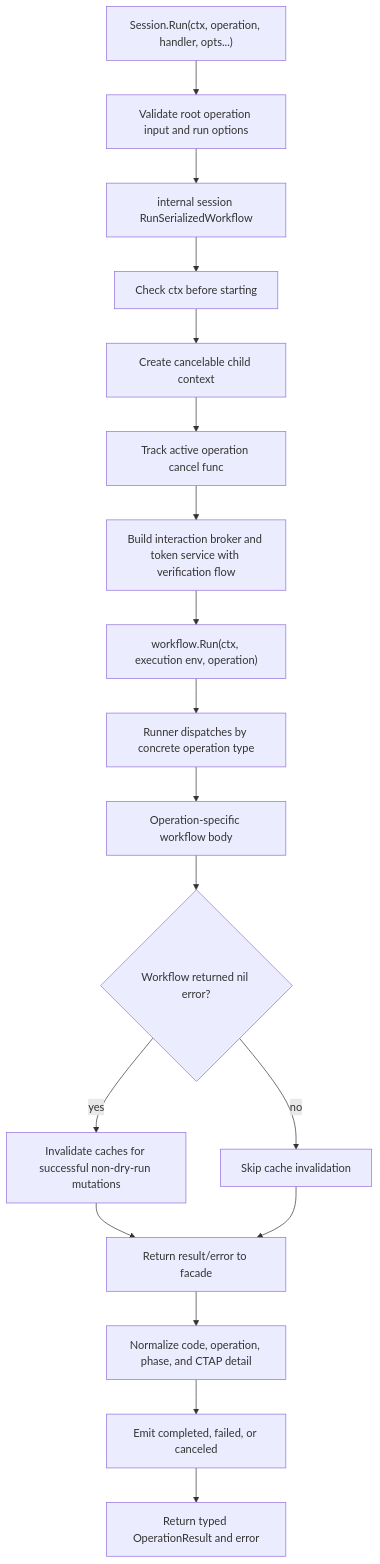
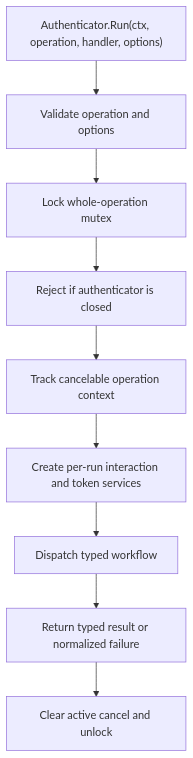
One commit to go-ctap/kit changed the second of 4 diagrams in docs/current-runtime-flows.md. Above: the diagram before and after it, drawn with Mermaid. The commit also changed other lines of this file and 75 other files, not shown here.

Commit message:
refactor: remove `internal/session` package, consolidate logic into `workflow`; improve test structure and remove redundant tests

````diff
--- a/docs/current-runtime-flows.md
+++ b/docs/current-runtime-flows.md
@@ -81,20 +58,11 @@
 ```mermaid
 flowchart TD
-  A["Session.Run(ctx, operation, handler, opts...)"] --> B["Validate root operation input and run options"]
-  B --> D["internal session RunSerializedWorkflow"]
-  D --> E["Check ctx before starting"]
-  E --> F["Create cancelable child context"]
-  F --> G["Track active operation cancel func"]
-  G --> H["Build interaction broker and token service with verification flow"]
-  H --> I["workflow.Run(ctx, execution env, operation)"]
-  I --> J["Runner dispatches by concrete operation type"]
-  J --> K["Operation-specific workflow body"]
-  K --> L{"Workflow returned nil error?"}
-  L -->|yes| M["Invalidate caches for successful non-dry-run mutations"]
-  L -->|no| N["Skip cache invalidation"]
-  M --> O["Return result/error to facade"]
-  N --> O
-  O --> P["Normalize code, operation, phase, and CTAP detail"]
-  P --> Q["Emit completed, failed, or canceled"]
-  Q --> R["Return typed OperationResult and error"]
+  A["Authenticator.Run(ctx, operation, handler, options)"] --> B["Validate operation and options"]
+  B --> C["Lock whole-operation mutex"]
+  C --> D["Reject if authenticator is closed"]
+  D --> E["Track cancelable operation context"]
+  E --> F["Create per-run interaction and token services"]
+  F --> G["Dispatch typed workflow"]
+  G --> H["Return typed result or normalized failure"]
+  H --> I["Clear active cancel and unlock"]
 ```
````
